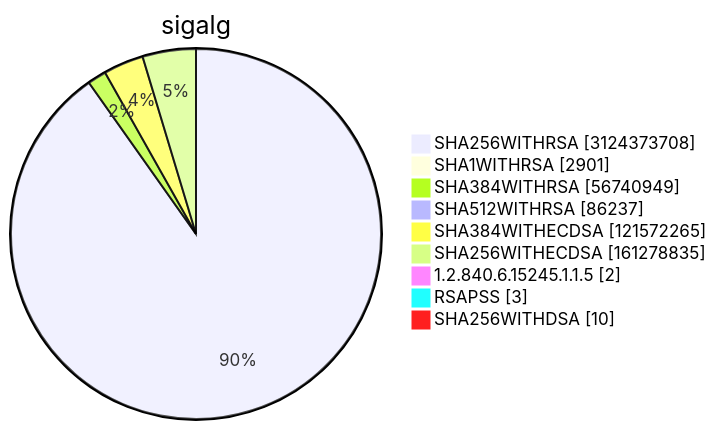
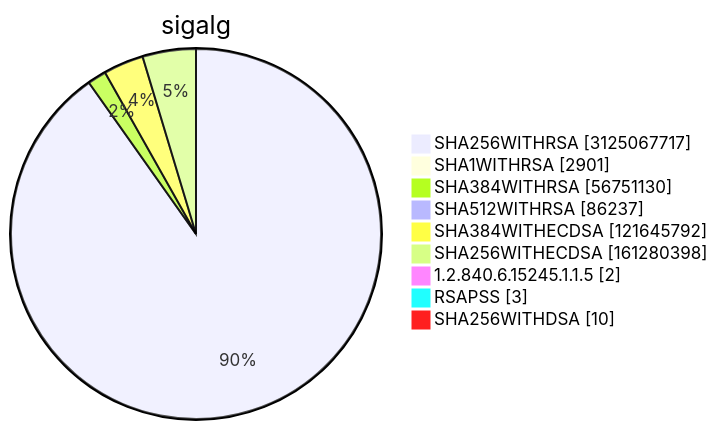
Before and after one commit to christiankrug/ctmonitor_visualization: diagram 15 of 15 in TOTAL/README.md, drawn with Mermaid. The commit also changed other lines of this file, not shown here.

````diff
--- a/TOTAL/README.md
+++ b/TOTAL/README.md
@@ -6212,13 +6212,13 @@
 ```mermaid
 pie showData
 title sigalg
-"SHA256WITHRSA" :3124373708
+"SHA256WITHRSA" :3125067717
 "SHA1WITHRSA" :2901
-"SHA384WITHRSA" :56740949
+"SHA384WITHRSA" :56751130
 "SHA512WITHRSA" :86237
-"SHA384WITHECDSA" :121572265
-"SHA256WITHECDSA" :161278835
+"SHA384WITHECDSA" :121645792
+"SHA256WITHECDSA" :161280398
 "1.2.840.6.15245.1.1.5" :2
 "RSAPSS" :3
 "SHA256WITHDSA" :10
 ```
````
